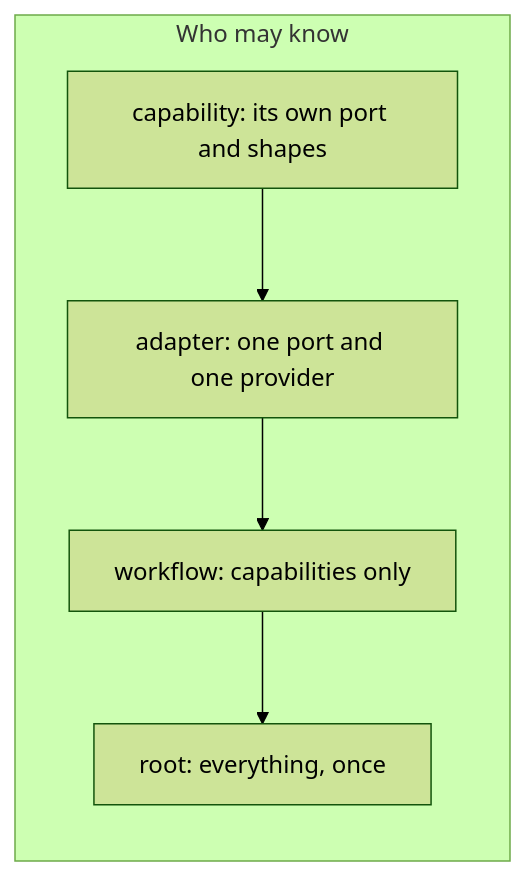
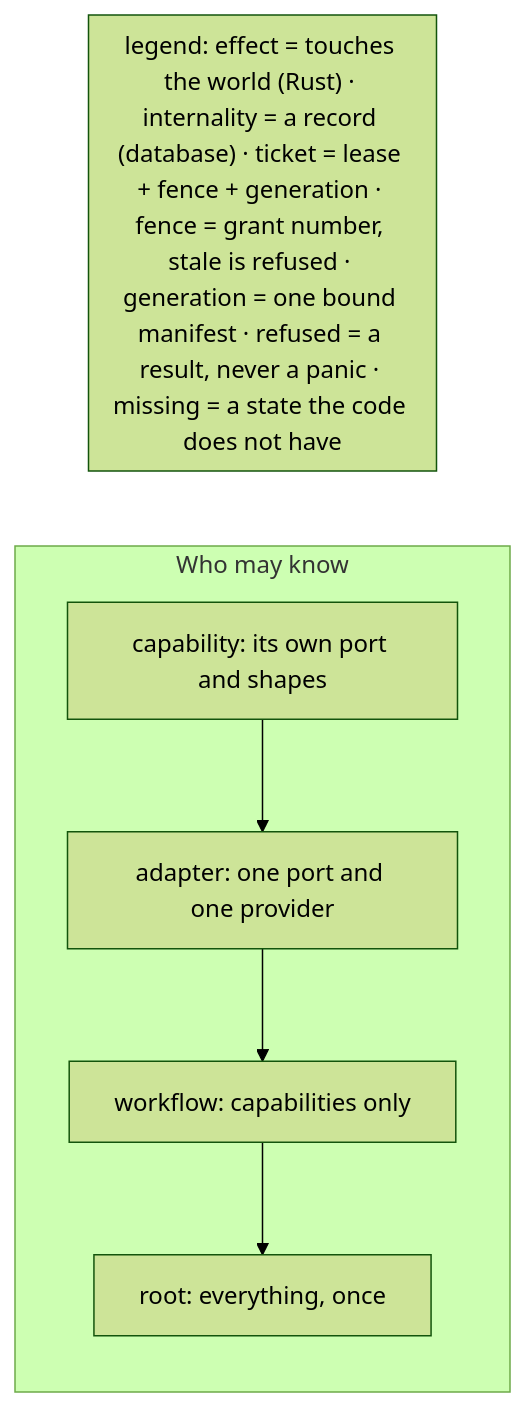
The second of 4 diagrams in docs/diagram/00-Rings.md (MergedBeastAgito/Agito), drawn with Mermaid (forest theme) before and after one commit. The commit also changed other lines of this file and 16 other files, not shown here.

First line of the commit message:
refactor(rust): add authority abstraction, seal, and ticket improvements

````diff
--- a/docs/diagram/00-Rings.md
+++ b/docs/diagram/00-Rings.md
@@ -48,10 +50,12 @@
 ```mermaid
 flowchart LR
 	subgraph Knowledge["Who may know"]
 		K1["capability: its own port and shapes"]
 		K2["adapter: one port and one provider"]
 		K3["workflow: capabilities only"]
 		K4["root: everything, once"]
 	end
 	K1 --> K2 --> K3 --> K4
+	subgraph Legend["legend: effect = touches the world (Rust) · internality = a record (database) · ticket = lease + fence + generation · fence = grant number, stale is refused · generation = one bound manifest · refused = a result, never a panic · missing = a state the code does not have"]
+	end
 ```
````
